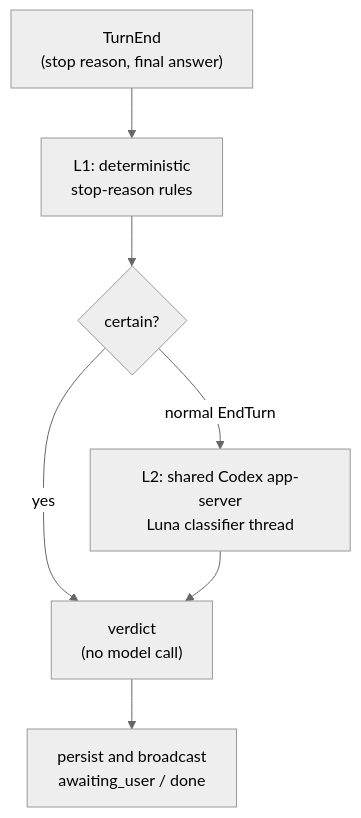
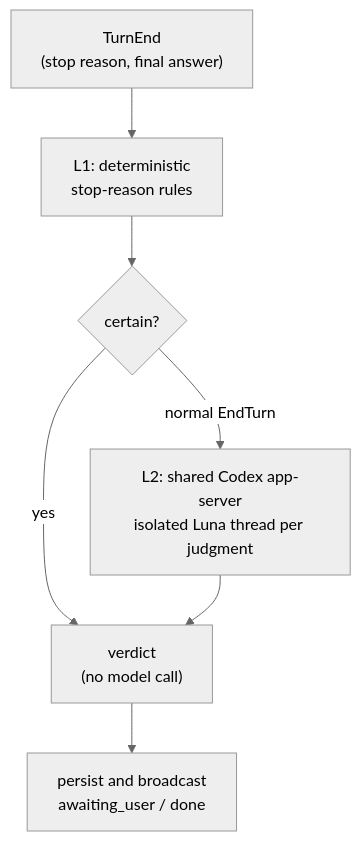
Before and after one commit to dravengarden/cowboy: the diagram in docs/architecture/07-confirm-inference.md, drawn with Mermaid (neutral theme). The commit also changed other lines of this file and 6 other files, not shown here.

Commit message:
fix: isolate each turn classifier judgment

````diff
--- a/docs/architecture/07-confirm-inference.md
+++ b/docs/architecture/07-confirm-inference.md
@@ -9,9 +9,9 @@
 ```mermaid
 flowchart TB
     TE["TurnEnd<br/>(stop reason, final answer)"] --> L1["L1: deterministic<br/>stop-reason rules"]
     L1 --> Q{"certain?"}
     Q -->|yes| V["verdict<br/>(no model call)"]
-    Q -->|"normal EndTurn"| L2["L2: shared Codex app-server<br/>Luna classifier thread"]
+    Q -->|"normal EndTurn"| L2["L2: shared Codex app-server<br/>isolated Luna thread per judgment"]
     L2 --> V
     V --> META["persist and broadcast<br/>awaiting_user / done"]
 ```
````
